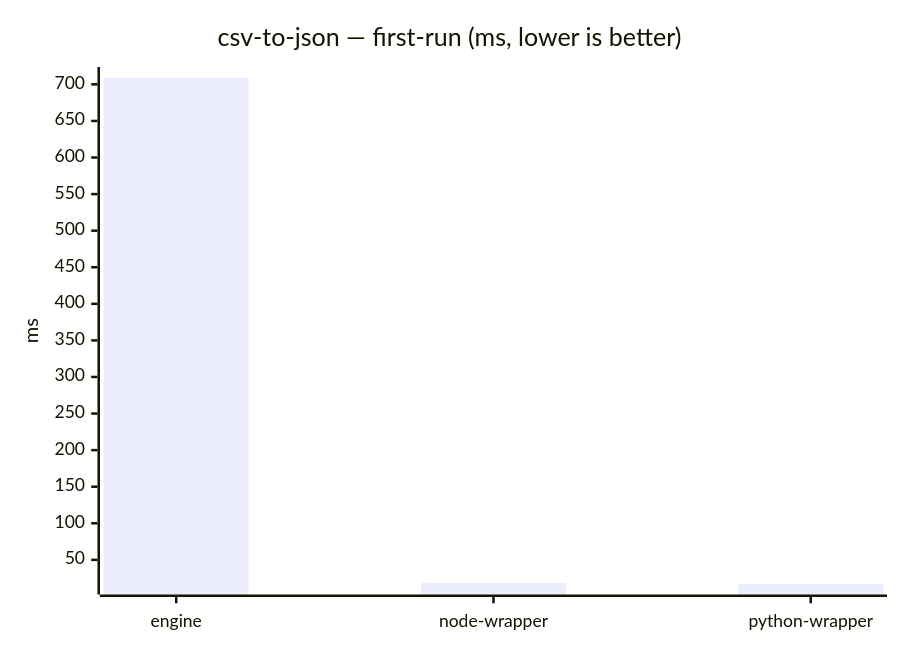
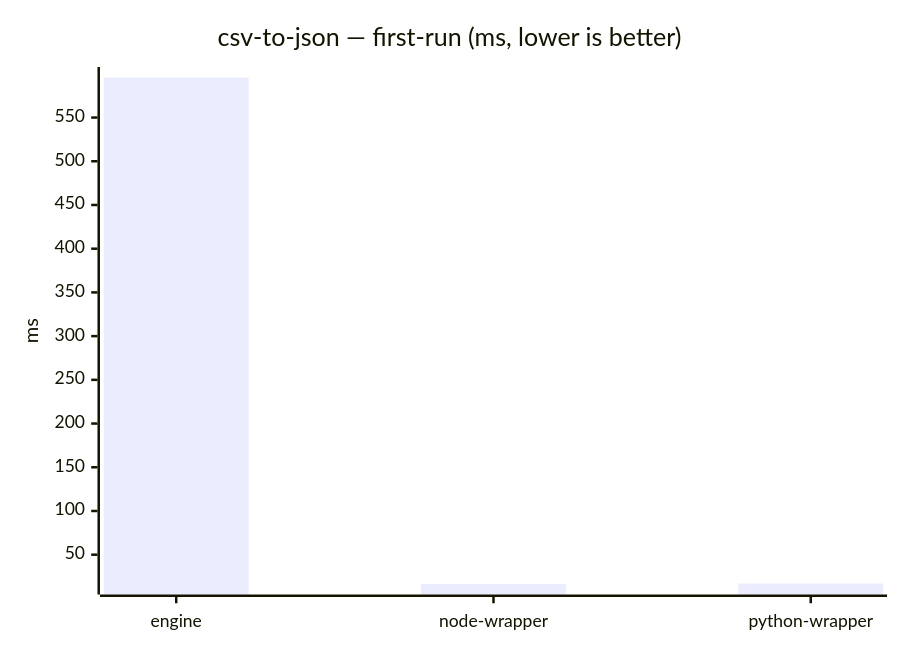
Before and after one commit to mulesoft/data-weave-cli: diagram 16 of 23 in benchmarks/report/RESULTS.md, drawn with Mermaid. The commit also changed other lines of this file, not shown here.

````diff
--- a/benchmarks/report/RESULTS.md
+++ b/benchmarks/report/RESULTS.md
@@ -178,7 +178,7 @@
 ```mermaid
 xychart-beta
     title "csv-to-json — first-run (ms, lower is better)"
     x-axis ["engine", "node-wrapper", "python-wrapper"]
     y-axis "ms"
-    bar [709.208, 18.483, 17.174]
+    bar [595.66, 16.631, 17.056]
 ```
````
